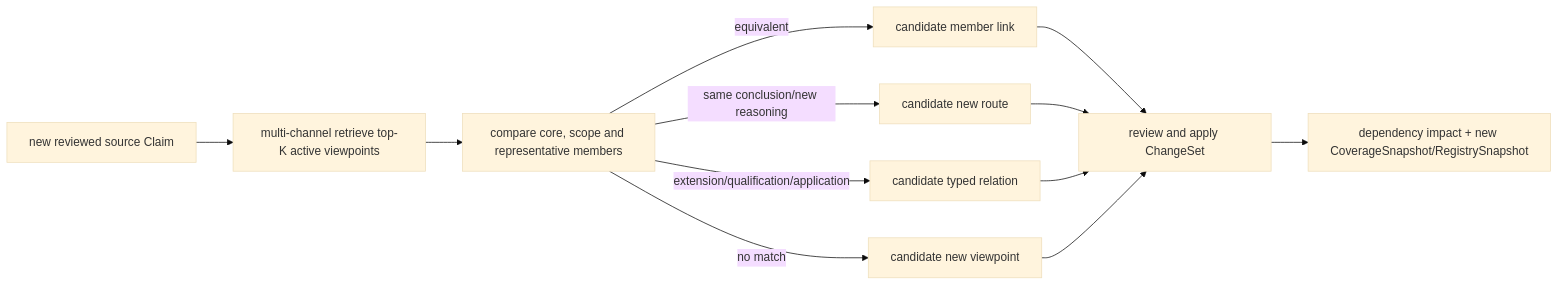
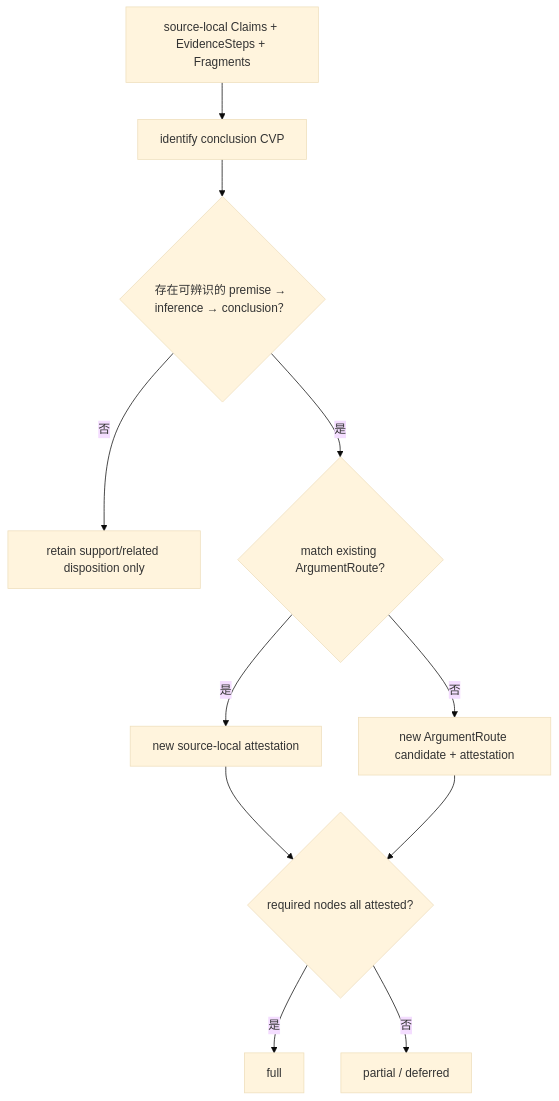
Before and after one commit to junyang168/smart-answer: the fifth of 7 diagrams in docs/wang-knowledge-platform/canonical_viewpoint_registry_design_v1.md, drawn with Mermaid (base theme). The commit also changed other lines of this file and 36 other files, not shown here.

````diff
--- a/docs/wang-knowledge-platform/canonical_viewpoint_registry_design_v1.md
+++ b/docs/wang-knowledge-platform/canonical_viewpoint_registry_design_v1.md
@@ -1178,14 +1573,13 @@
 ```mermaid
-flowchart LR
-    S["new reviewed source Claim"] --> Q["multi-channel retrieve top-K active viewpoints"]
-    Q --> M["compare core, scope and representative members"]
-    M -->|equivalent| L["candidate member link"]
-    M -->|same conclusion/new reasoning| R["candidate new route"]
-    M -->|extension/qualification/application| G["candidate typed relation"]
-    M -->|no match| N["candidate new viewpoint"]
-    L --> V["review and apply ChangeSet"]
-    R --> V
-    G --> V
-    N --> V
-    V --> I["dependency impact + new CoverageSnapshot/RegistrySnapshot"]
+flowchart TD
+    E["source-local Claims + EvidenceSteps + Fragments"] --> V["identify conclusion CVP"]
+    V --> A{"存在可辨识的 premise → inference → conclusion？"}
+    A -->|"否"| S["retain support/related disposition only"]
+    A -->|"是"| R{"match existing ArgumentRoute?"}
+    R -->|"是"| M["new source-local attestation"]
+    R -->|"否"| N["new ArgumentRoute candidate + attestation"]
+    M --> F{"required nodes all attested?"}
+    N --> F
+    F -->|"是"| FULL["full"]
+    F -->|"否"| PART["partial / deferred"]
 ```
````
